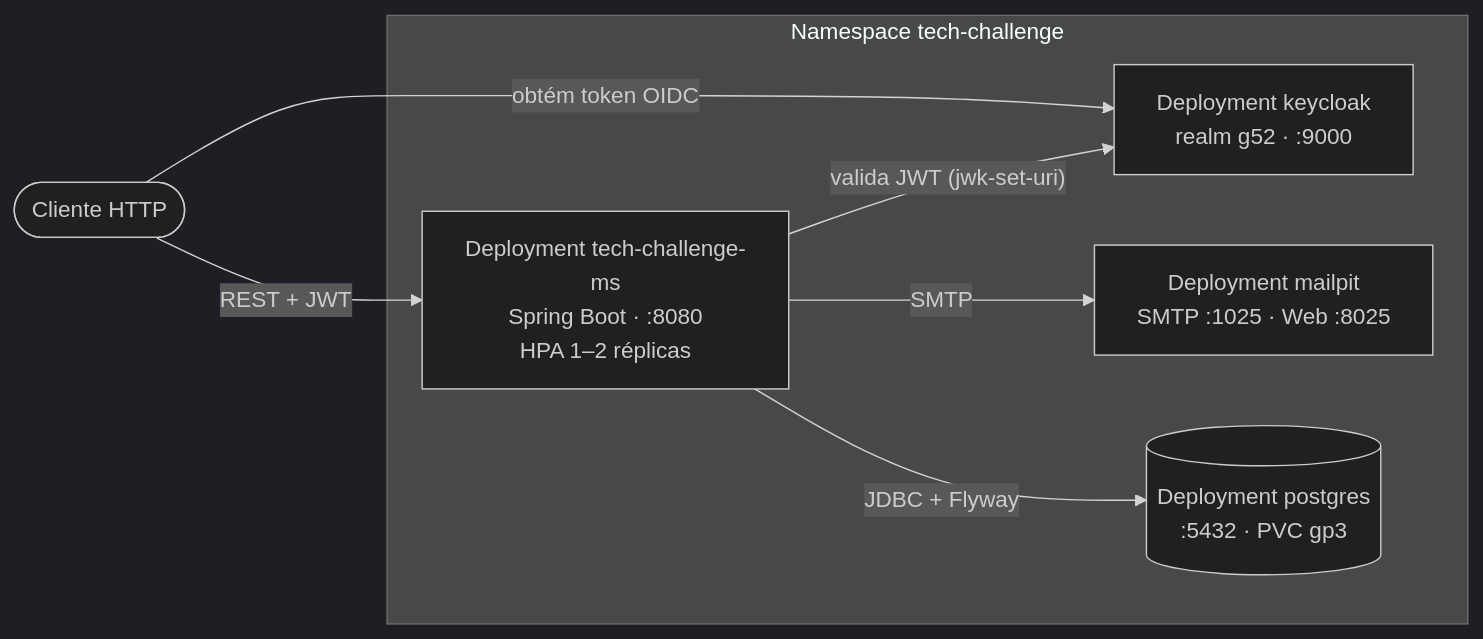
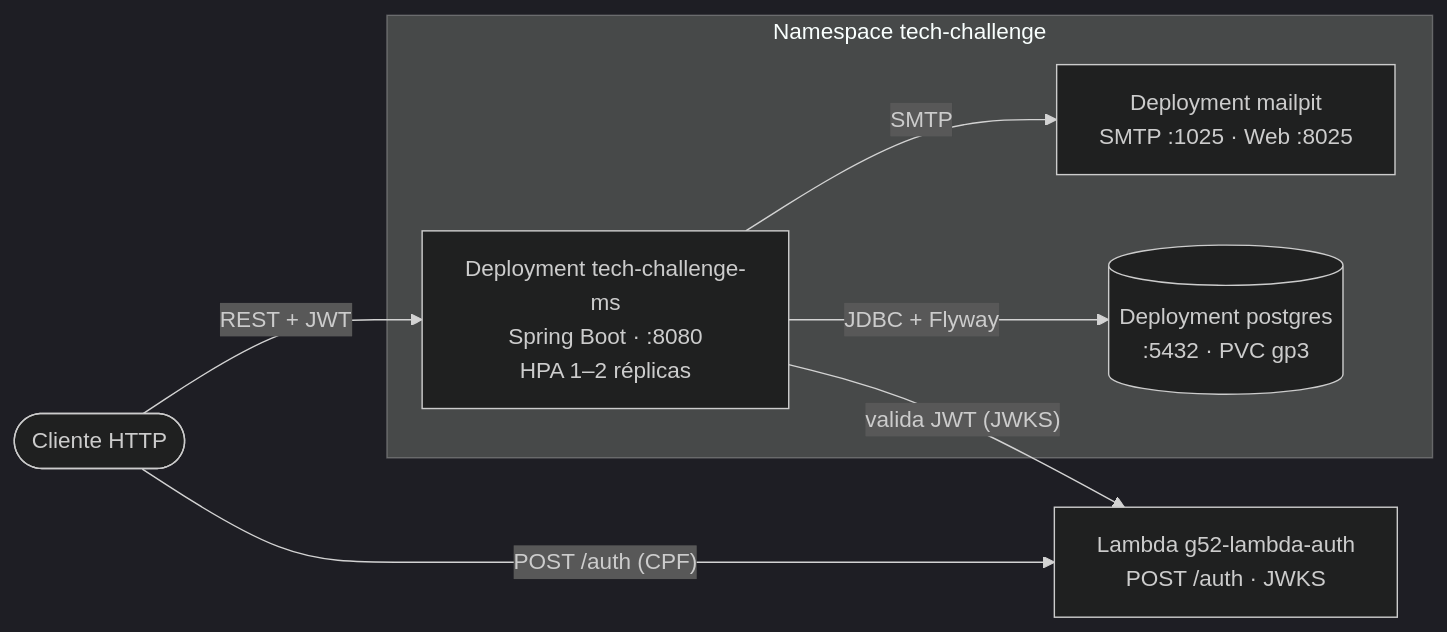
The first of 3 diagrams in README.md (Teplotax/g52-app-tech-challenge), drawn with Mermaid (dark theme) before and after one commit. The commit also changed other lines of this file, not shown here.

````diff
--- a/README.md
+++ b/README.md
@@ -28,17 +30,18 @@
 ```mermaid
 flowchart LR
     client(["Cliente HTTP"])
 
     subgraph ns["Namespace tech-challenge"]
         app["Deployment tech-challenge-ms<br/>Spring Boot · :8080<br/>HPA 1–2 réplicas"]
-        kc["Deployment keycloak<br/>realm g52 · :9000"]
         mp["Deployment mailpit<br/>SMTP :1025 · Web :8025"]
         pg[("Deployment postgres<br/>:5432 · PVC gp3")]
     end
 
+    lambda["Lambda g52-lambda-auth<br/>POST /auth · JWKS"]
+
+    client -- "POST /auth (CPF)" --> lambda
     client -- "REST + JWT" --> app
-    client -- "obtém token OIDC" --> kc
-    app -- "valida JWT (jwk-set-uri)" --> kc
+    app -- "valida JWT (JWKS)" --> lambda
     app -- "SMTP" --> mp
     app -- "JDBC + Flyway" --> pg
 ```
````
